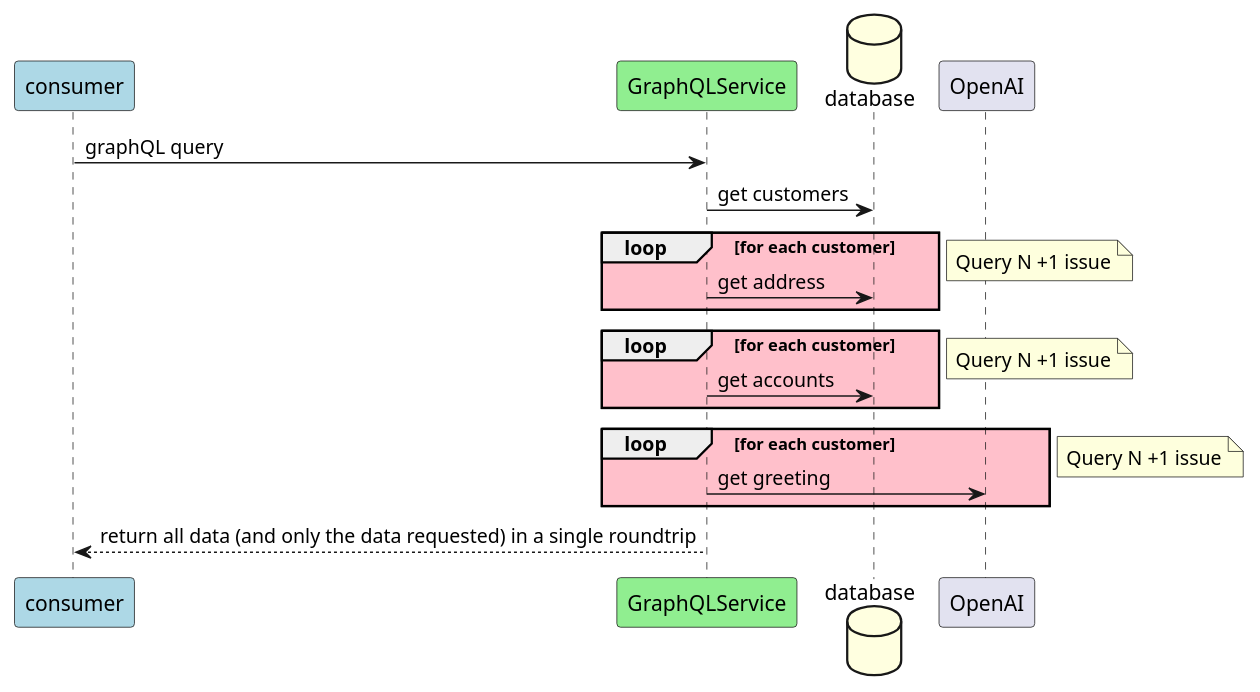
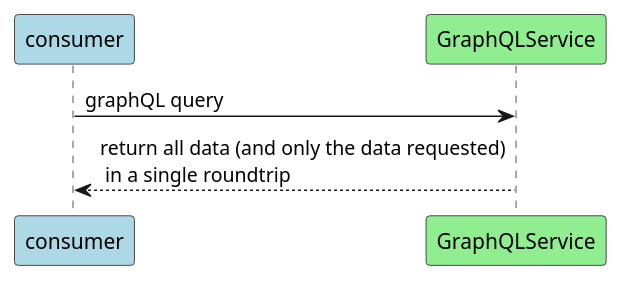
One commit to didierpirottin/GraphQLDemo changed the diagram in doc/modules/guide/images/perf-graphql.puml. Above: the diagram before and after it, drawn with PlantUML. The commit also changed 27 other files, not shown here.

```diff
--- a/doc/modules/guide/images/perf-graphql.puml
+++ b/doc/modules/guide/images/perf-graphql.puml
@@ -1,32 +1,9 @@
 @startuml
 
 participant consumer #LightBlue
 participant GraphQLService #LightGreen
 
 consumer -> GraphQLService : graphQL query
-
-
-database database #lightyellow
-
-
-GraphQLService -> database: get customers
-
-loop #pink for each customer
-   GraphQLService -> database: get address
-end
-note right: Query N +1 issue
-
-loop #pink for each customer
-   GraphQLService -> database: get accounts
-end
-note right: Query N +1 issue
-
-loop #pink for each customer
-   GraphQLService -> OpenAI : get greeting
-end
-note right: Query N +1 issue
-
-
-GraphQLService --> consumer : return all data (and only the data requested) in a single roundtrip
+GraphQLService --> consumer : return all data (and only the data requested)\n in a single roundtrip
 
 @enduml
```
